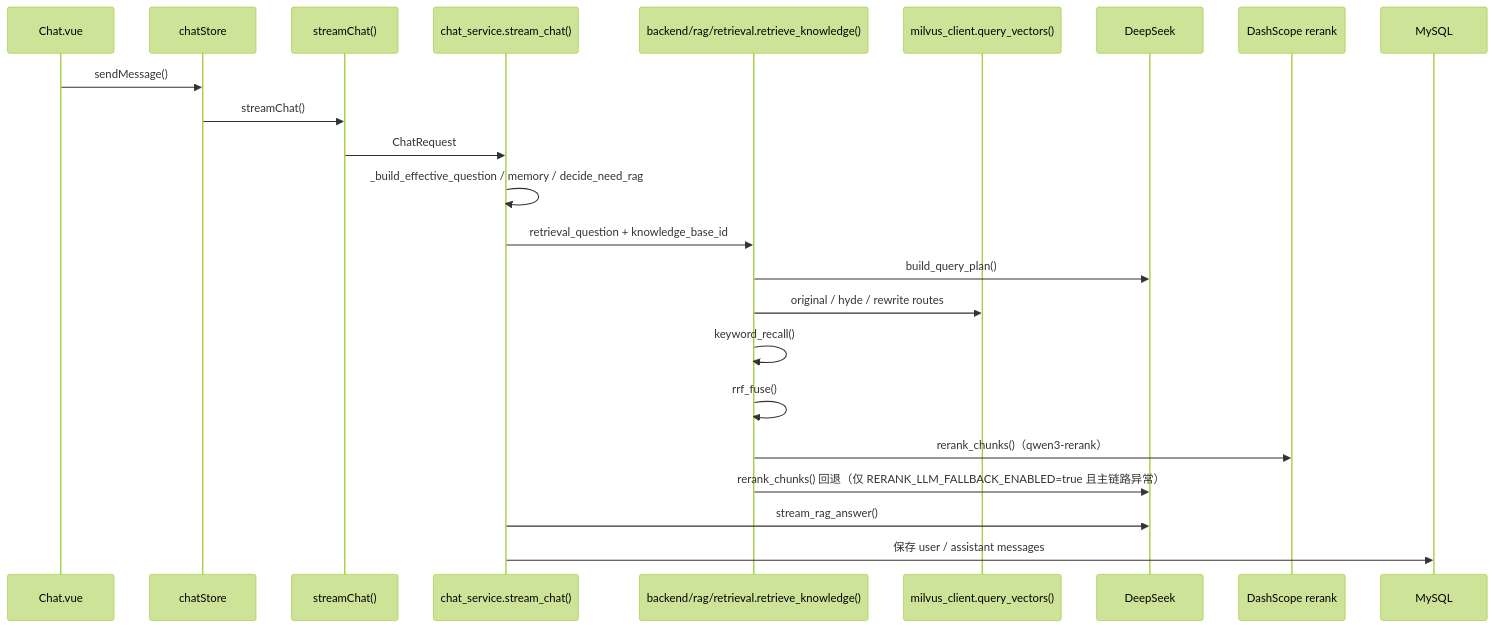
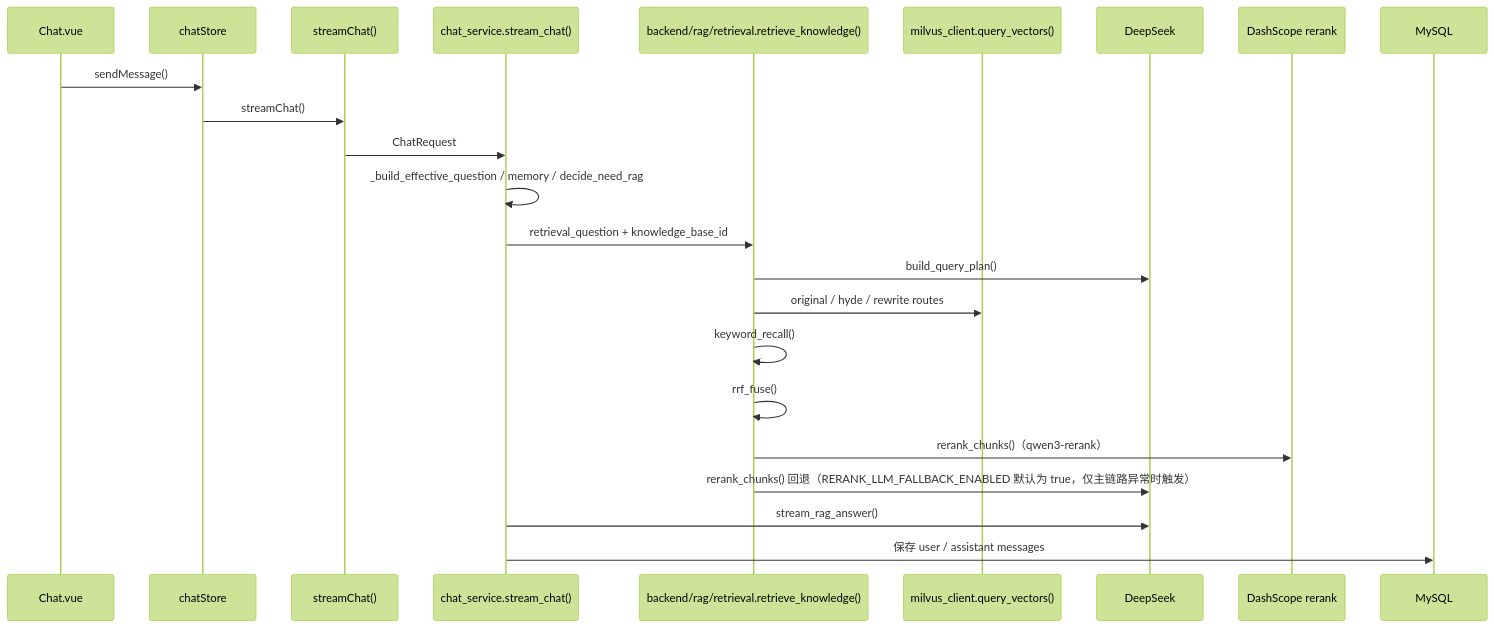
Before and after one commit to baiye-banned/Agent_about_answer: the eighth of 10 diagrams in docs/PROJECT_CODE_READING_ROADMAP.md, drawn with Mermaid (forest theme). The commit also changed 1 other file, not shown here.

Commit message:
docs(rag): state the default of the rerank LLM fallback switch (#84)
The rerank fallback was described only as "RERANK_LLM_FALLBACK_ENABLED=true and the
primary path failing", which reads like an opt-in. It is on by default
(backend/config.py: RERANK_LLM_FALLBACK_ENABLED = _env_bool(..., True), .env.example:83),
so the two architecture diagrams, the configuration table and the code-reading roadmap
now carry that default explicitly.

````diff
--- a/docs/PROJECT_CODE_READING_ROADMAP.md
+++ b/docs/PROJECT_CODE_READING_ROADMAP.md
@@ -482,26 +482,26 @@
 ```mermaid
 sequenceDiagram
   participant C as Chat.vue
   participant Store as chatStore
   participant API as streamChat()
   participant B as chat_service.stream_chat()
   participant R as backend/rag/retrieval.retrieve_knowledge()
   participant V as milvus_client.query_vectors()
   participant L as DeepSeek
   participant P as DashScope rerank
   participant DB as MySQL
 
   C->>Store: sendMessage()
   Store->>API: streamChat()
   API->>B: ChatRequest
   B->>B: _build_effective_question / memory / decide_need_rag
   B->>R: retrieval_question + knowledge_base_id
   R->>L: build_query_plan()
   R->>V: original / hyde / rewrite routes
   R->>R: keyword_recall()
   R->>R: rrf_fuse()
   R->>P: rerank_chunks()（qwen3-rerank）
-  R->>L: rerank_chunks() 回退（仅 RERANK_LLM_FALLBACK_ENABLED=true 且主链路异常）
+  R->>L: rerank_chunks() 回退（RERANK_LLM_FALLBACK_ENABLED 默认为 true，仅主链路异常时触发）
   B->>L: stream_rag_answer()
   B->>DB: 保存 user / assistant messages
 ```
````
